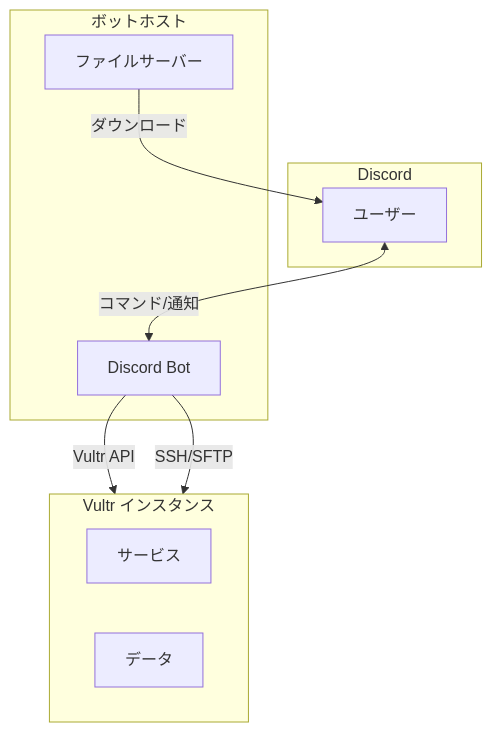
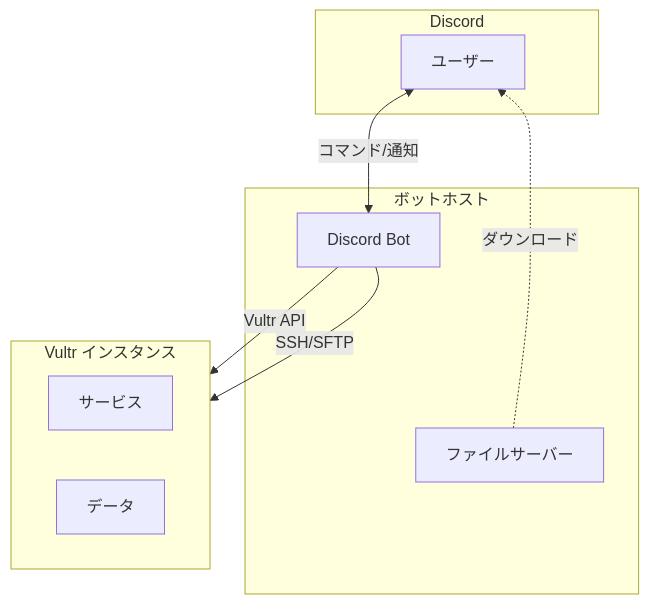
Before and after one commit to tsunosekai/vultr-discrod-bot: the diagram in README.md, drawn with Mermaid.

Commit message:
Fix node ordering in Mermaid diagram
Use invisible link to keep Bot above FileServer in the layout.

🤖 Generated with [Claude Code](https://claude.com/claude-code)

````diff
--- a/README.md
+++ b/README.md
@@ -16,21 +16,22 @@
 ```mermaid
 graph TB
     subgraph Discord
         User[ユーザー]
     end
 
     subgraph BotHost[ボットホスト]
         Bot[Discord Bot]
         FileServer[ファイルサーバー]
+        Bot ~~~ FileServer
     end
 
     subgraph Vultr[Vultr インスタンス]
         Service[サービス]
         Data[データ]
     end
 
     User <-->|コマンド/通知| Bot
     Bot -->|Vultr API| Vultr
     Bot -->|SSH/SFTP| Vultr
-    FileServer -->|ダウンロード| User
+    FileServer -.->|ダウンロード| User
 ```
````
